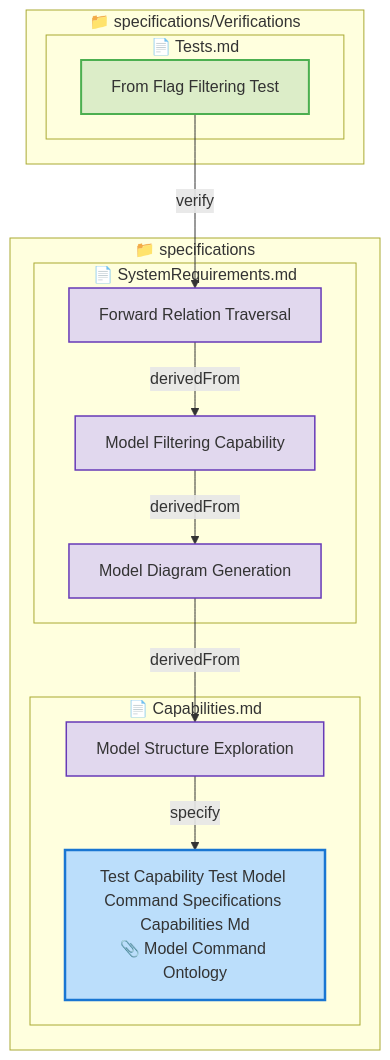
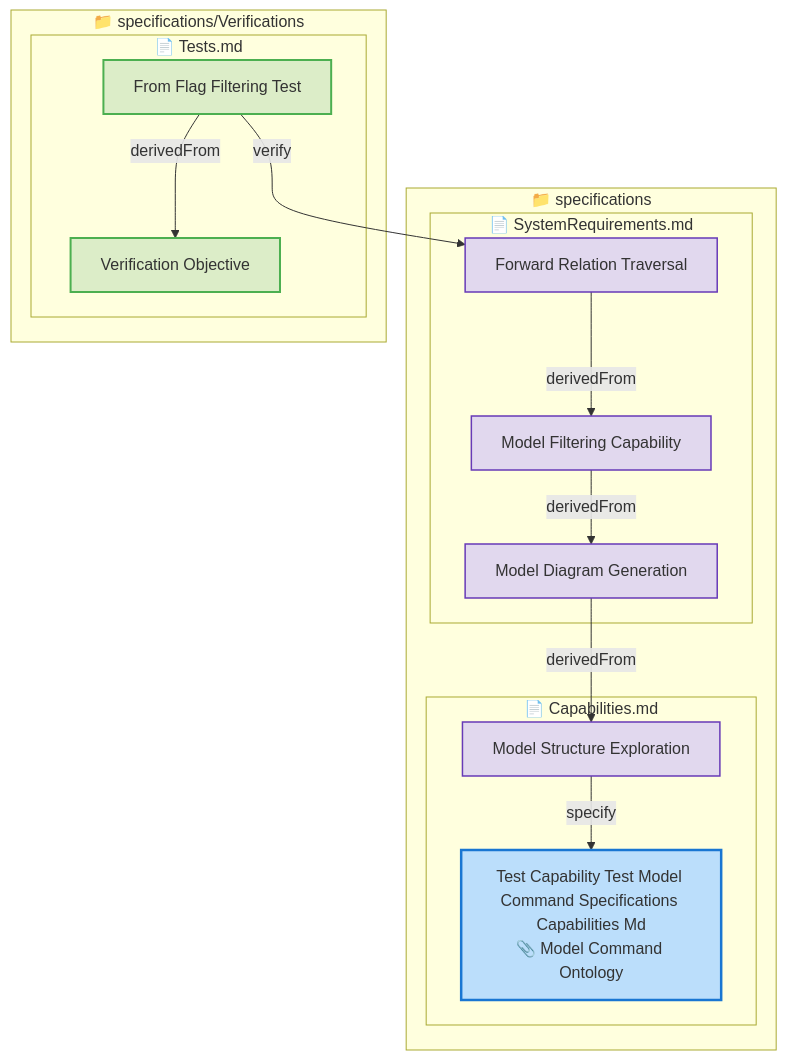
One commit to reqvire-org/reqvire changed the third of 6 diagrams in tests/test-model-command/expected/expected_reverse_filter_output.md. Above: the diagram before and after it, drawn with Mermaid. The commit also changed other lines of this file and 134 other files, not shown here.

````diff
--- a/tests/test-model-command/expected/expected_reverse_filter_output.md
+++ b/tests/test-model-command/expected/expected_reverse_filter_output.md
@@ -109,45 +117,49 @@
 ```mermaid
 graph TD
   classDef capability fill:#BBDEFB,stroke:#1976D2,stroke-width:2.5px;
   classDef systemRequirement fill:#E1D8EE,stroke:#673AB7,stroke-width:1.5px;
   classDef ontology fill:#F4E3A1,stroke:#B08A00,stroke-width:2px;
   classDef verification fill:#DCEDC8,stroke:#4CAF50,stroke-width:2px;
   classDef default fill:#F5F5F5,stroke:#424242,stroke-width:1.5px;
 
   classDef folder fill:#FAFAFA,stroke:#9E9E9E,stroke-width:3px;
   classDef file fill:#FFF8E1,stroke:#FFCA28,stroke-width:2px;
 
   subgraph 9d68b769fcbc79d0["📁 specifications"]
     subgraph afe26fd45621e6a["📄 Capabilities.md"]
       458b8fd2c32e6014["Model Structure Exploration"];
       class 458b8fd2c32e6014 systemRequirement;
       click 458b8fd2c32e6014 "specifications/Capabilities.md#model-structure-exploration";
       8c7466173ee6b05d["Test Capability Test Model Command Specifications Capabilities Md<br/>📎 Model Command Ontology"];
       class 8c7466173ee6b05d capability;
       click 8c7466173ee6b05d "specifications/Capabilities.md#test-capability-test-model-command-specifications-capabilities-md";
     end
     subgraph 77808752d543f615["📄 SystemRequirements.md"]
       f7eb2f9d9cd7bb11["Forward Relation Traversal"];
       class f7eb2f9d9cd7bb11 systemRequirement;
       click f7eb2f9d9cd7bb11 "specifications/SystemRequirements.md#forward-relation-traversal";
       b7ec4bb3813f1dea["Model Diagram Generation"];
       class b7ec4bb3813f1dea systemRequirement;
       click b7ec4bb3813f1dea "specifications/SystemRequirements.md#model-diagram-generation";
       836c732a54d7f48f["Model Filtering Capability"];
       class 836c732a54d7f48f systemRequirement;
       click 836c732a54d7f48f "specifications/SystemRequirements.md#model-filtering-capability";
     end
   end
   subgraph 9f0649e759bd2822["📁 specifications/Verifications"]
     subgraph 7d9dffd79ed1d5b8["📄 Tests.md"]
       293200814c46cd0d["From Flag Filtering Test"];
       class 293200814c46cd0d verification;
       click 293200814c46cd0d "specifications/Verifications/Tests.md#from-flag-filtering-test";
+      ca7cfe254517fe63["Verification Objective"];
+      class ca7cfe254517fe63 verification;
+      click ca7cfe254517fe63 "specifications/Verifications/Tests.md#verification-objective";
     end
   end
+  293200814c46cd0d -->|derivedFrom| ca7cfe254517fe63;
   293200814c46cd0d -->|verify| f7eb2f9d9cd7bb11;
   f7eb2f9d9cd7bb11 -->|derivedFrom| 836c732a54d7f48f;
   836c732a54d7f48f -->|derivedFrom| b7ec4bb3813f1dea;
   b7ec4bb3813f1dea -->|derivedFrom| 458b8fd2c32e6014;
   458b8fd2c32e6014 -->|specify| 8c7466173ee6b05d;
 ```
````
